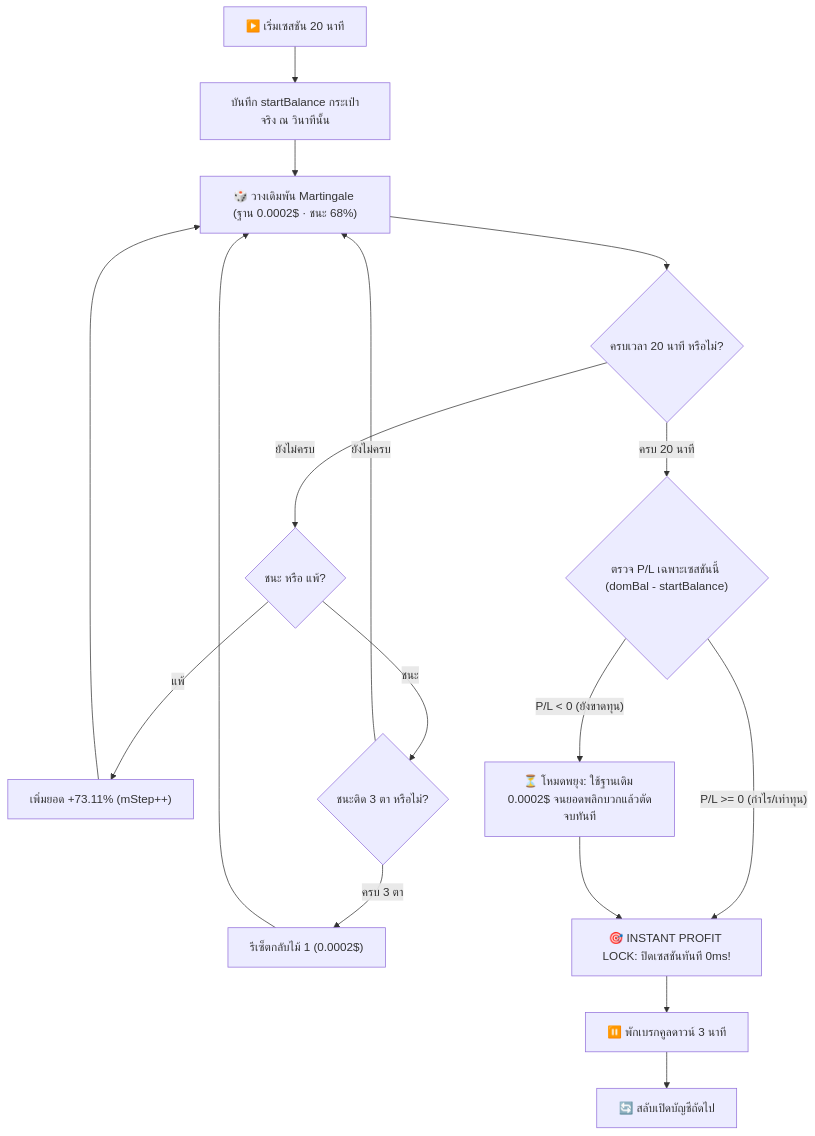
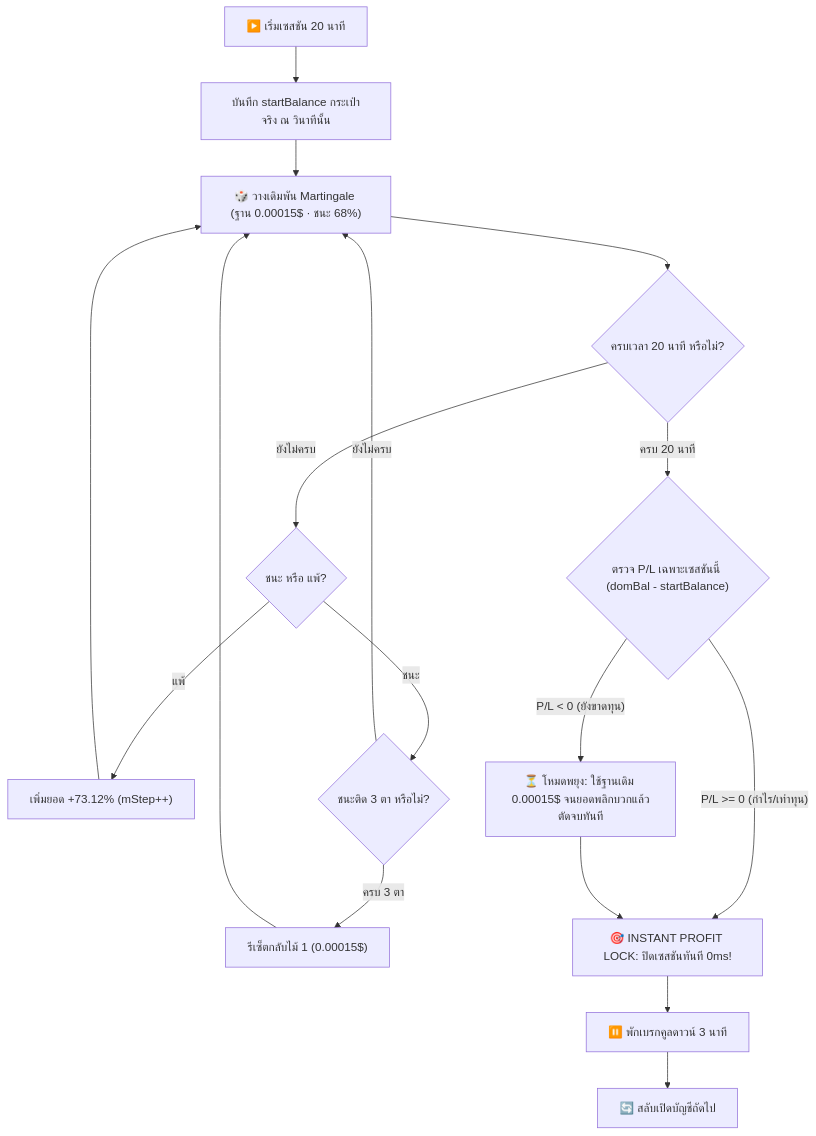
Before and after one commit to watt29/stake_project: the second of 2 diagrams in MULTI_ACCOUNT_SECURITY_GUIDE.md, drawn with Mermaid. The commit also changed other lines of this file and 17 other files, not shown here.

````diff
--- a/MULTI_ACCOUNT_SECURITY_GUIDE.md
+++ b/MULTI_ACCOUNT_SECURITY_GUIDE.md
@@ -90,20 +90,20 @@
 ```mermaid
 flowchart TD
     Start["▶️ เริ่มเซสชัน 20 นาที"] --> Snap["บันทึก startBalance กระเป๋าจริง ณ วินาทีนั้น"]
-    Snap --> Roll["🎲 วางเดิมพัน Martingale (ฐาน 0.0002$ · ชนะ 68%)"]
+    Snap --> Roll["🎲 วางเดิมพัน Martingale (ฐาน 0.00015$ · ชนะ 68%)"]
     Roll --> CheckTime{"ครบเวลา 20 นาที หรือไม่?"}
     
     CheckTime -- "ยังไม่ครบ" --> WinLoss{"ชนะ หรือ แพ้?"}
-    WinLoss -- "แพ้" --> StepUp["เพิ่มยอด +73.11% (mStep++)"] --> Roll
+    WinLoss -- "แพ้" --> StepUp["เพิ่มยอด +73.12% (mStep++)"] --> Roll
     WinLoss -- "ชนะ" --> Streak{"ชนะติด 3 ตา หรือไม่?"}
-    Streak -- "ครบ 3 ตา" --> ResetStep["รีเซ็ตกลับไม้ 1 (0.0002$)"] --> Roll
+    Streak -- "ครบ 3 ตา" --> ResetStep["รีเซ็ตกลับไม้ 1 (0.00015$)"] --> Roll
     Streak -- "ยังไม่ครบ" --> Roll
     
     CheckTime -- "ครบ 20 นาที" --> CheckProfit{"ตรวจ P/L เฉพาะเซสชันนี้ (domBal - startBalance)"}
     CheckProfit -- "P/L >= 0 (กำไร/เท่าทุน)" --> InstantLock["🎯 INSTANT PROFIT LOCK: ปิดเซสชันทันที 0ms!"]
-    CheckProfit -- "P/L < 0 (ยังขาดทุน)" --> Recovery["⏳ โหมดพยุง: ใช้ฐานเดิม 0.0002$ จนยอดพลิกบวกแล้วตัดจบทันที"]
+    CheckProfit -- "P/L < 0 (ยังขาดทุน)" --> Recovery["⏳ โหมดพยุง: ใช้ฐานเดิม 0.00015$ จนยอดพลิกบวกแล้วตัดจบทันที"]
     
     InstantLock --> Rest["⏸️ พักเบรกคูลดาวน์ 3 นาที"]
     Recovery --> InstantLock
     Rest --> NextAccount["🔄 สลับเปิดบัญชีถัดไป"]
 ```
````
